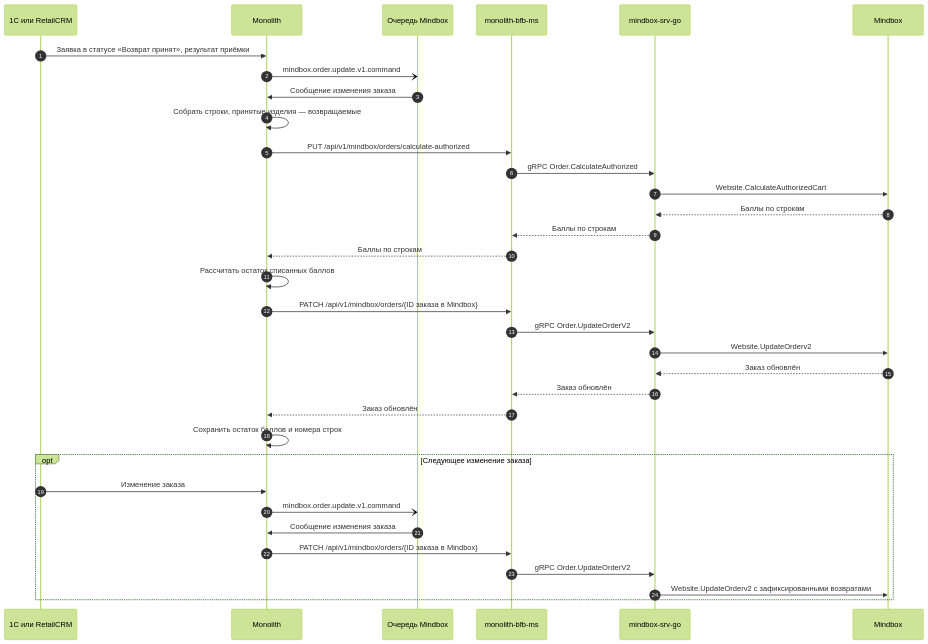
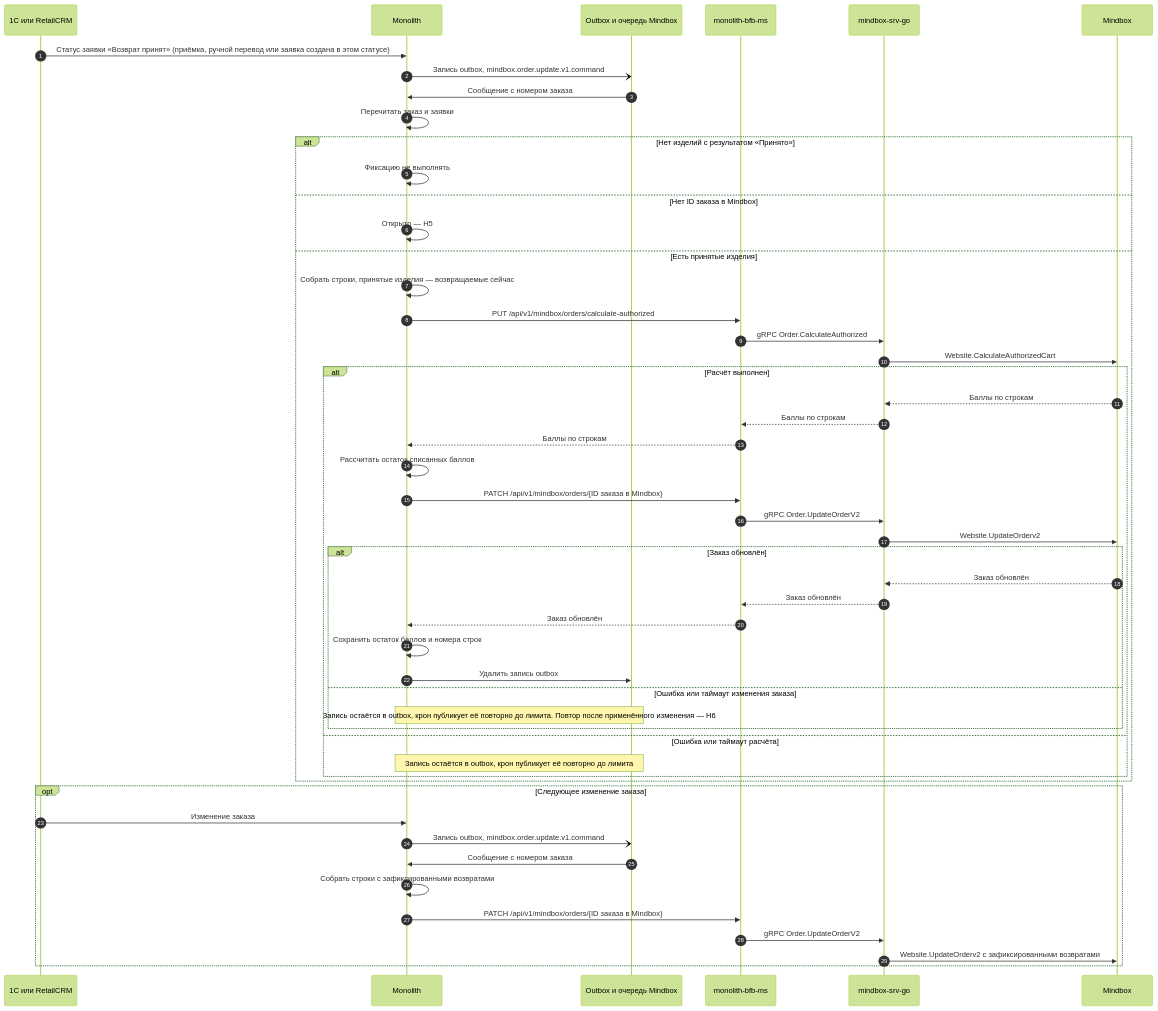
The second of 2 diagrams in projects/returns-2.0/requirements/backend/mindbox-return-bonus_backend.md (Terinss155/opencode-agents-analysis), drawn with Mermaid (forest theme) before and after one commit. The commit also changed other lines of this file and 4 other files, not shown here.

Commit message:
Возвраты 2.0: итоговая версия BL-RET-BONUS (группы изделий, вопросы Н1–Н9), черновик удалён, ссылки в ERD заявки, handoff

````diff
--- a/projects/returns-2.0/requirements/backend/mindbox-return-bonus_backend.md
+++ b/projects/returns-2.0/requirements/backend/mindbox-return-bonus_backend.md
@@ -275,37 +665,54 @@
 ```mermaid
 sequenceDiagram
     autonumber
     participant SRC as 1C или RetailCRM
     participant MON as Monolith
-    participant Q as Очередь Mindbox
+    participant Q as Outbox и очередь Mindbox
     participant BFB as monolith-bfb-ms
     participant MSG as mindbox-srv-go
     participant MB as Mindbox
 
-    SRC->>MON: Заявка в статусе «Возврат принят», результат приёмки
-    MON-)Q: mindbox.order.update.v1.command
-    Q->>MON: Сообщение изменения заказа
-    MON->>MON: Собрать строки, принятые изделия — возвращаемые
-    MON->>BFB: PUT /api/v1/mindbox/orders/calculate-authorized
-    BFB->>MSG: gRPC Order.CalculateAuthorized
-    MSG->>MB: Website.CalculateAuthorizedCart
-    MB-->>MSG: Баллы по строкам
-    MSG-->>BFB: Баллы по строкам
-    BFB-->>MON: Баллы по строкам
-    MON->>MON: Рассчитать остаток списанных баллов
-    MON->>BFB: PATCH /api/v1/mindbox/orders/{ID заказа в Mindbox}
-    BFB->>MSG: gRPC Order.UpdateOrderV2
-    MSG->>MB: Website.UpdateOrderv2
-    MB-->>MSG: Заказ обновлён
-    MSG-->>BFB: Заказ обновлён
-    BFB-->>MON: Заказ обновлён
-    MON->>MON: Сохранить остаток баллов и номера строк
+    SRC->>MON: Статус заявки «Возврат принят» (приёмка, ручной перевод или заявка создана в этом статусе)
+    MON-)Q: Запись outbox, mindbox.order.update.v1.command
+    Q->>MON: Сообщение с номером заказа
+    MON->>MON: Перечитать заказ и заявки
+    alt Нет изделий с результатом «Принято»
+        MON->>MON: Фиксацию не выполнять
+    else Нет ID заказа в Mindbox
+        MON->>MON: Открыто — Н5
+    else Есть принятые изделия
+        MON->>MON: Собрать строки, принятые изделия — возвращаемые сейчас
+        MON->>BFB: PUT /api/v1/mindbox/orders/calculate-authorized
+        BFB->>MSG: gRPC Order.CalculateAuthorized
+        MSG->>MB: Website.CalculateAuthorizedCart
+        alt Расчёт выполнен
+            MB-->>MSG: Баллы по строкам
+            MSG-->>BFB: Баллы по строкам
+            BFB-->>MON: Баллы по строкам
+            MON->>MON: Рассчитать остаток списанных баллов
+            MON->>BFB: PATCH /api/v1/mindbox/orders/{ID заказа в Mindbox}
+            BFB->>MSG: gRPC Order.UpdateOrderV2
+            MSG->>MB: Website.UpdateOrderv2
+            alt Заказ обновлён
+                MB-->>MSG: Заказ обновлён
+                MSG-->>BFB: Заказ обновлён
+                BFB-->>MON: Заказ обновлён
+                MON->>MON: Сохранить остаток баллов и номера строк
+                MON->>Q: Удалить запись outbox
+            else Ошибка или таймаут изменения заказа
+                Note over MON,Q: Запись остаётся в outbox, крон публикует её повторно до лимита. Повтор после применённого изменения — Н6
+            end
+        else Ошибка или таймаут расчёта
+            Note over MON,Q: Запись остаётся в outbox, крон публикует её повторно до лимита
+        end
+    end
     opt Следующее изменение заказа
         SRC->>MON: Изменение заказа
-        MON-)Q: mindbox.order.update.v1.command
-        Q->>MON: Сообщение изменения заказа
+        MON-)Q: Запись outbox, mindbox.order.update.v1.command
+        Q->>MON: Сообщение с номером заказа
+        MON->>MON: Собрать строки с зафиксированными возвратами
         MON->>BFB: PATCH /api/v1/mindbox/orders/{ID заказа в Mindbox}
         BFB->>MSG: gRPC Order.UpdateOrderV2
         MSG->>MB: Website.UpdateOrderv2 с зафиксированными возвратами
     end
 ```
````
